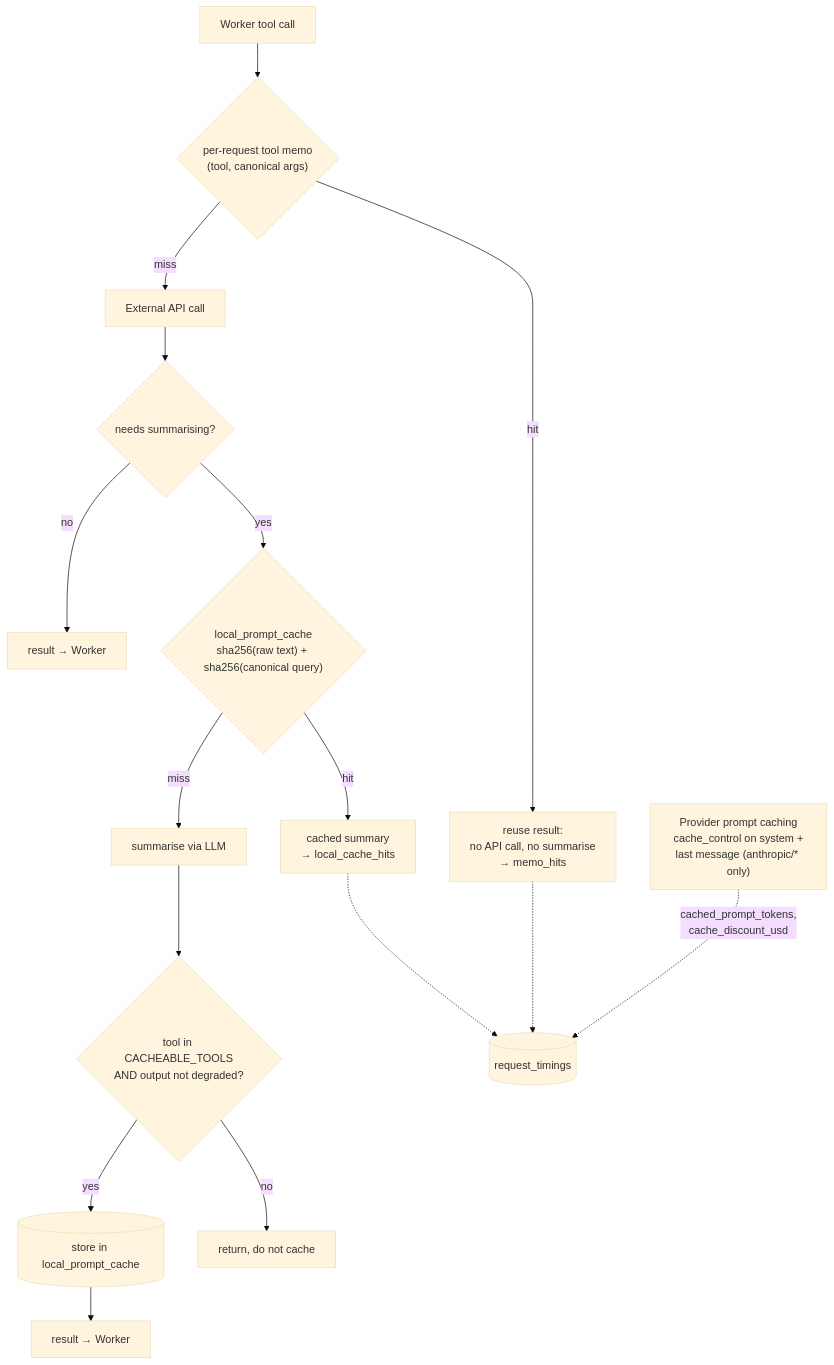
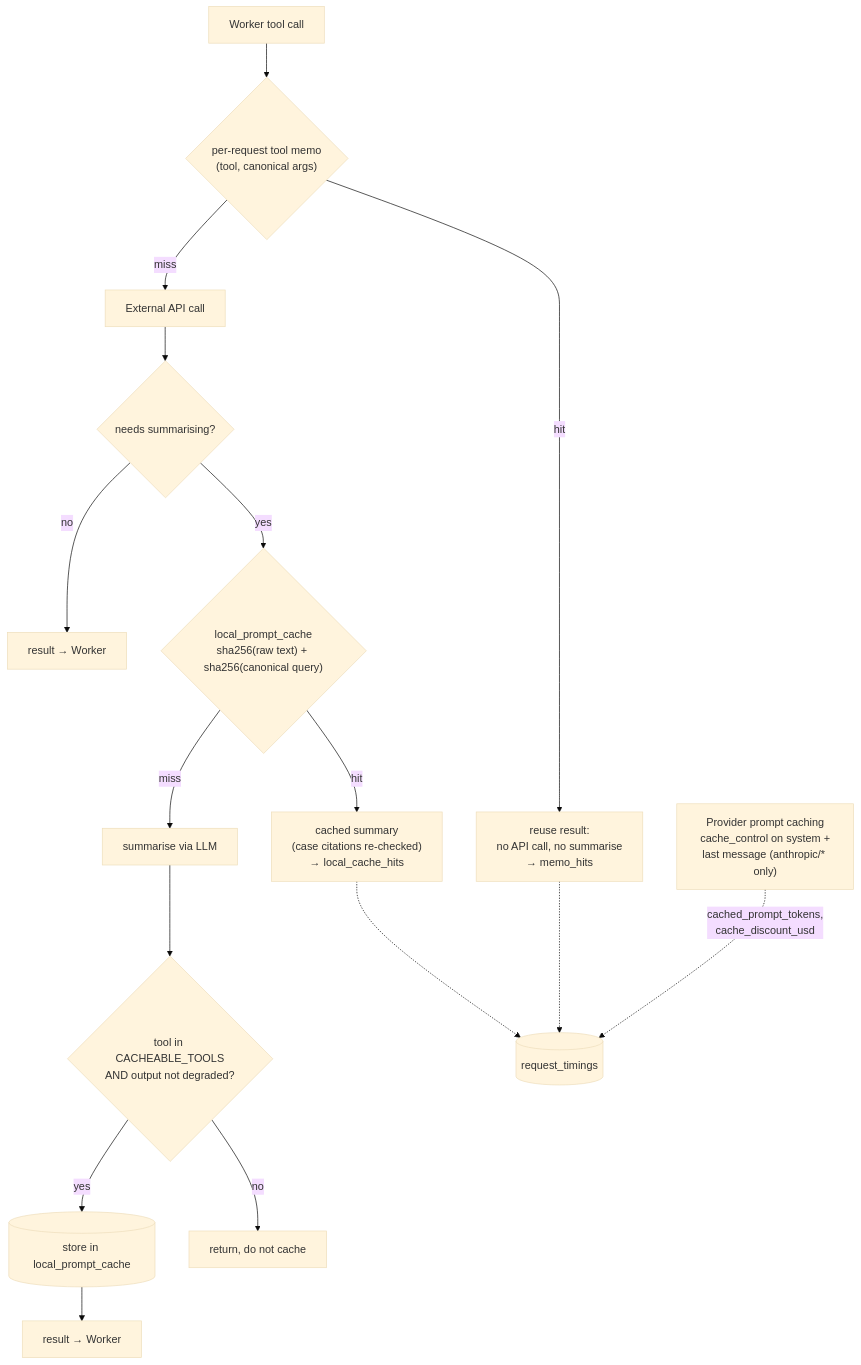
One commit to delphium226/LexChat changed the eighth of 15 diagrams in docs/ARCHITECTURE.md. Above: the diagram before and after it, drawn with Mermaid (base theme). The commit also changed other lines of this file and 18 other files, not shown here.

````diff
--- a/docs/ARCHITECTURE.md
+++ b/docs/ARCHITECTURE.md
@@ -444,19 +627,19 @@
 ```mermaid
 flowchart TB
     call["Worker tool call"] --> memo{"per-request tool memo<br/>(tool, canonical args)"}
     memo -- hit --> reuse["reuse result:<br/>no API call, no summarise<br/>→ memo_hits"]
     memo -- miss --> api["External API call"]
     api --> big{"needs summarising?"}
     big -- no --> ret["result → Worker"]
     big -- yes --> lpc{"local_prompt_cache<br/>sha256(raw text) + sha256(canonical query)"}
-    lpc -- hit --> ret2["cached summary<br/>→ local_cache_hits"]
+    lpc -- hit --> ret2["cached summary<br/>(case citations re-checked)<br/>→ local_cache_hits"]
     lpc -- miss --> sumr["summarise via LLM"]
     sumr --> store{"tool in CACHEABLE_TOOLS<br/>AND output not degraded?"}
     store -- yes --> write[("store in local_prompt_cache")]
     store -- no --> ret3["return, do not cache"]
     write --> ret4["result → Worker"]
 
     prompt["Provider prompt caching<br/>cache_control on system +<br/>last message (anthropic/* only)"] -.->|"cached_prompt_tokens,<br/>cache_discount_usd"| metrics[("request_timings")]
     reuse -.-> metrics
     ret2 -.-> metrics
 ```
````
